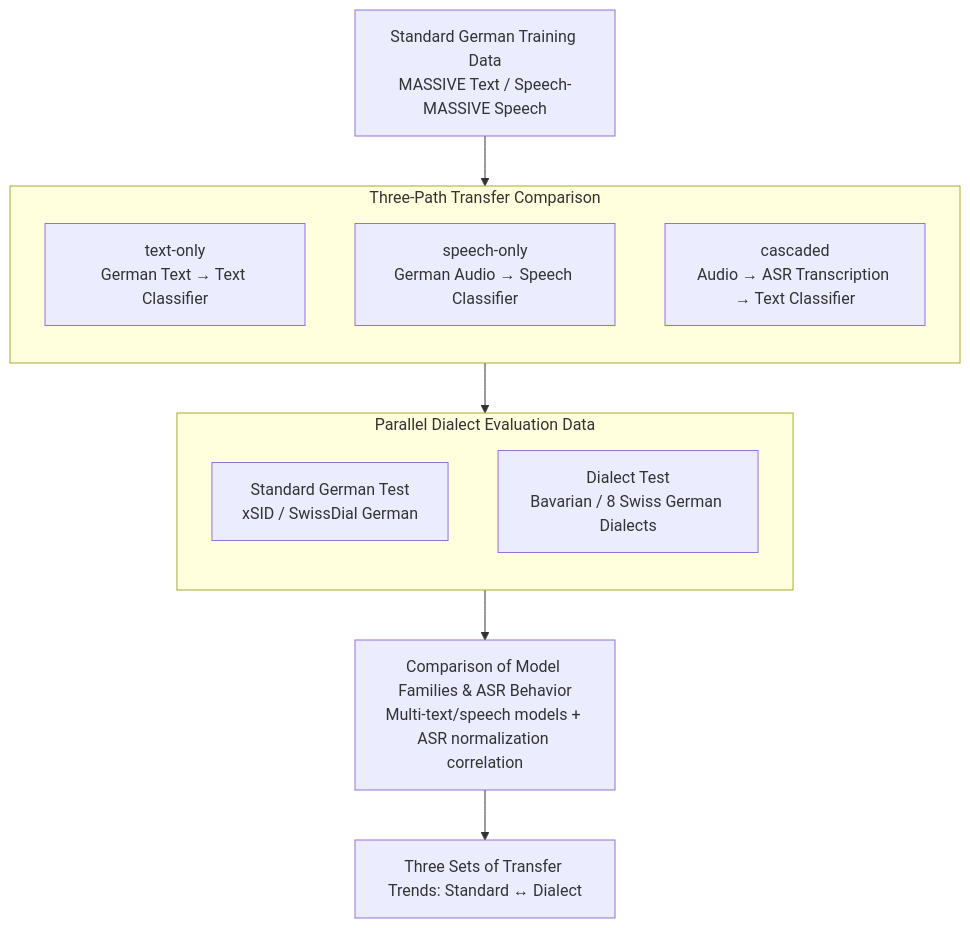
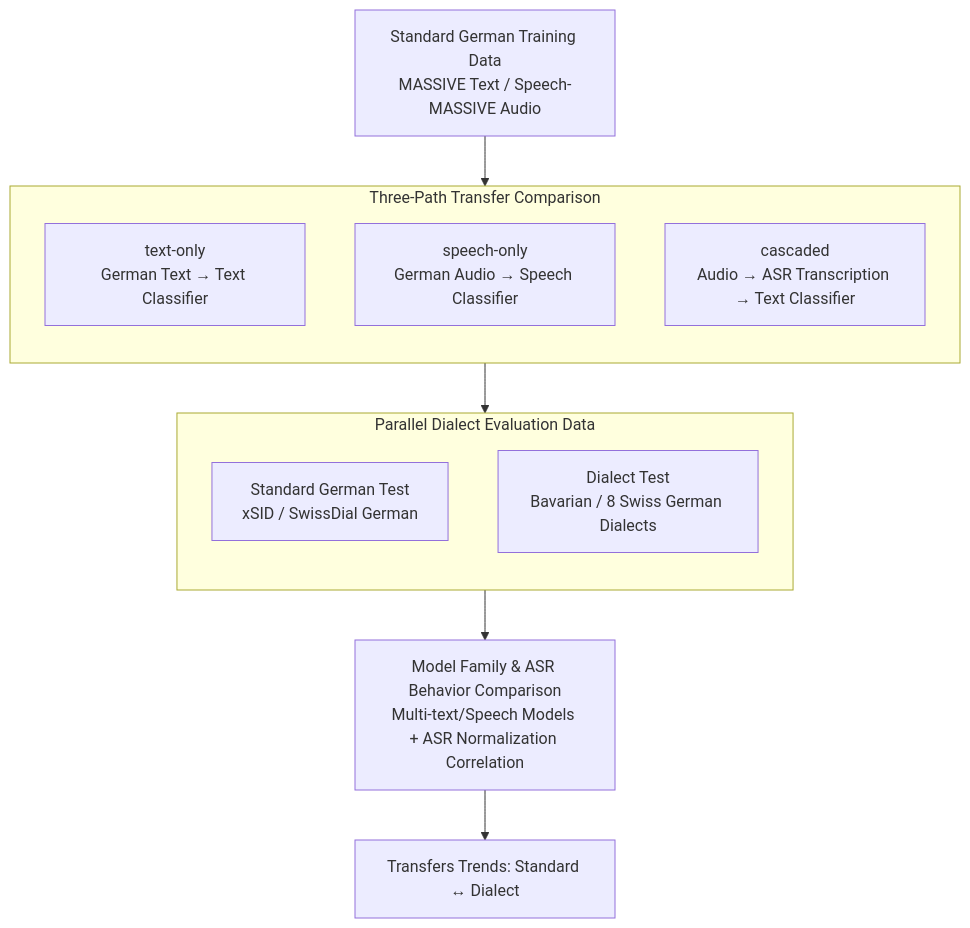
One commit to zhaoyang97/Paper-Notes-en changed the diagram in docs/ACL2026/audio_speech/standard-to-dialect_transfer_trends_differ_across_text_and_speech_a_case_study_o.md. Above: the diagram before and after it, drawn with Mermaid. The commit also changed other lines of this file and 5084 other files, not shown here.

````diff
--- a/docs/ACL2026/audio_speech/standard-to-dialect_transfer_trends_differ_across_text_and_speech_a_case_study_o.md
+++ b/docs/ACL2026/audio_speech/standard-to-dialect_transfer_trends_differ_across_text_and_speech_a_case_study_o.md
@@ -43,19 +43,19 @@
 ```mermaid
 graph TD
-    SRC["Standard German Training Data<br/>MASSIVE Text / Speech-MASSIVE Speech"]
+    SRC["Standard German Training Data<br/>MASSIVE Text / Speech-MASSIVE Audio"]
     subgraph PATHS["Three-Path Transfer Comparison"]
         direction TB
         T["text-only<br/>German Text → Text Classifier"]
         S["speech-only<br/>German Audio → Speech Classifier"]
         C["cascaded<br/>Audio → ASR Transcription → Text Classifier"]
     end
     SRC --> PATHS
     subgraph EVAL["Parallel Dialect Evaluation Data"]
         direction TB
         STD["Standard German Test<br/>xSID / SwissDial German"]
         DIA["Dialect Test<br/>Bavarian / 8 Swiss German Dialects"]
     end
     PATHS --> EVAL
-    EVAL --> CMP["Comparison of Model Families & ASR Behavior<br/>Multi-text/speech models + ASR normalization correlation"]
-    CMP --> OUT["Three Sets of Transfer Trends: Standard ↔ Dialect"]
+    EVAL --> CMP["Model Family & ASR Behavior Comparison<br/>Multi-text/Speech Models + ASR Normalization Correlation"]
+    CMP --> OUT["Transfers Trends: Standard ↔ Dialect"]
 ```
````
